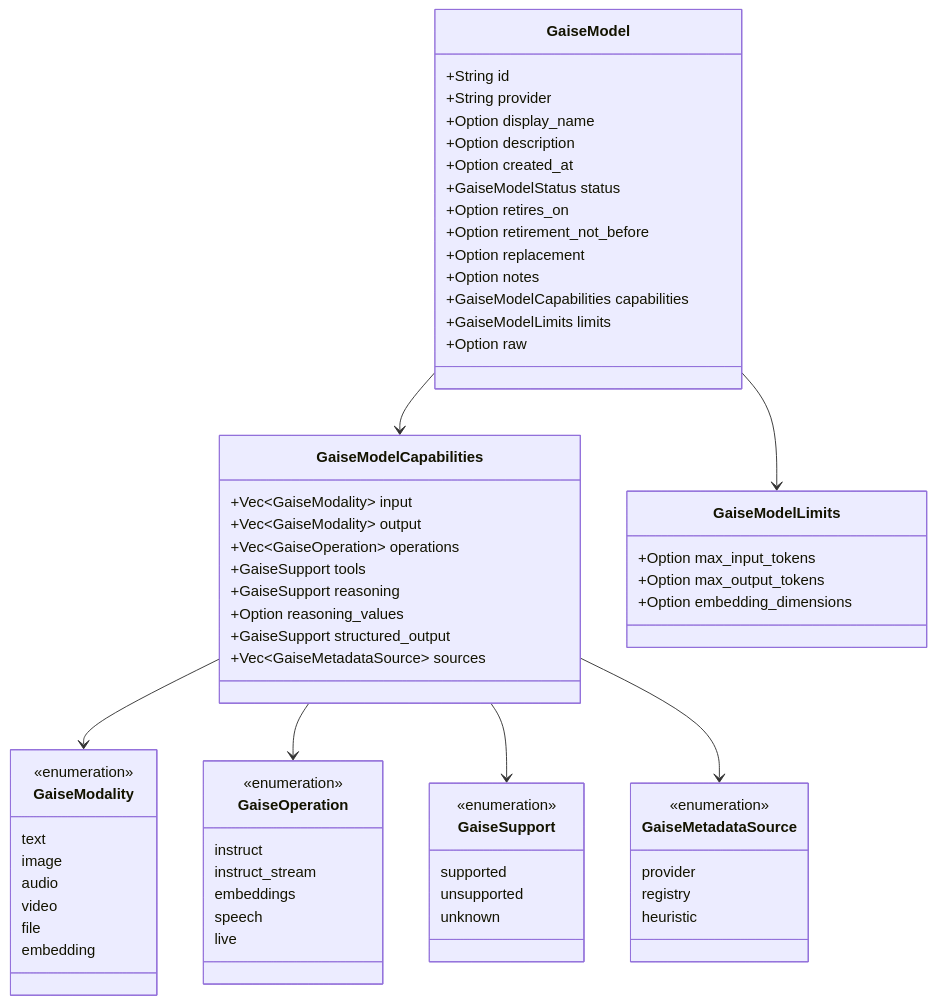
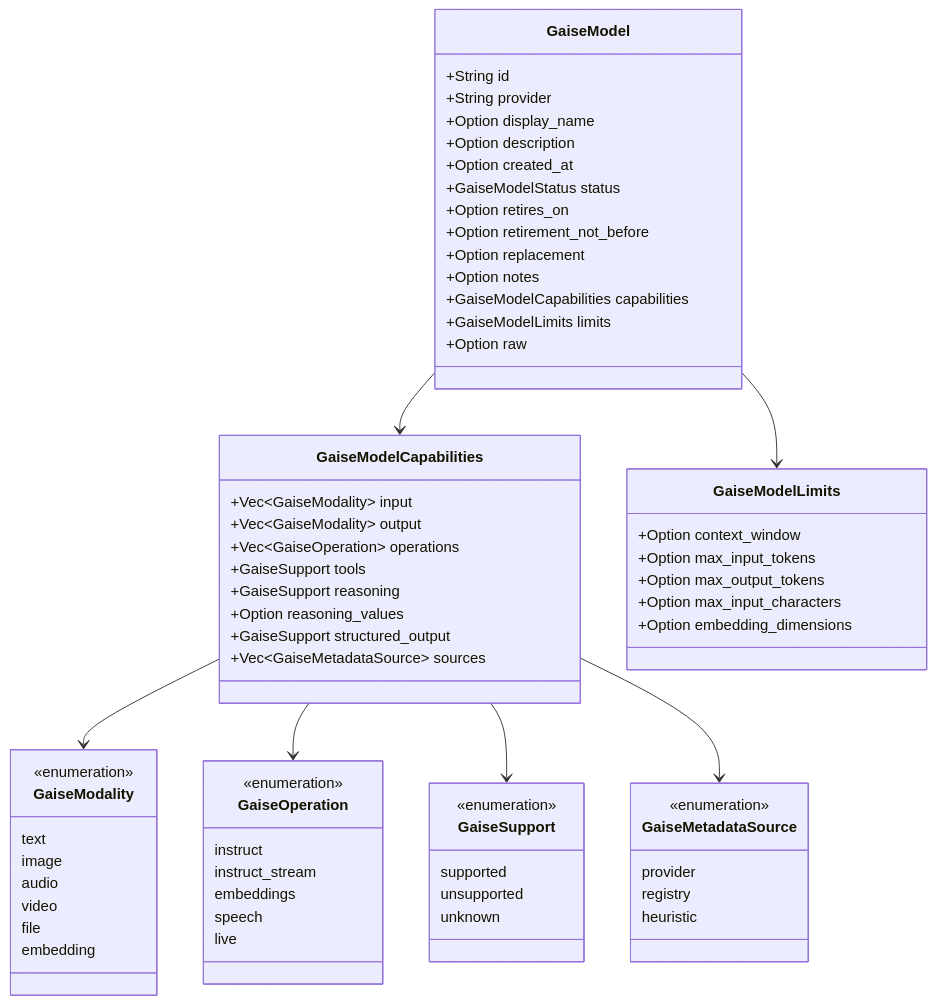
One commit to ikcore/gaise changed the diagram in wiki/capabilities.md. Above: the diagram before and after it, drawn with Mermaid. The commit also changed other lines of this file and 25 other files, not shown here.

````diff
--- a/wiki/capabilities.md
+++ b/wiki/capabilities.md
@@ -193,68 +193,70 @@
 ```mermaid
 classDiagram
     class GaiseModel {
         +String id
         +String provider
         +Option display_name
         +Option description
         +Option created_at
         +GaiseModelStatus status
         +Option retires_on
         +Option retirement_not_before
         +Option replacement
         +Option notes
         +GaiseModelCapabilities capabilities
         +GaiseModelLimits limits
         +Option raw
     }
     class GaiseModelCapabilities {
         +Vec~GaiseModality~ input
         +Vec~GaiseModality~ output
         +Vec~GaiseOperation~ operations
         +GaiseSupport tools
         +GaiseSupport reasoning
         +Option reasoning_values
         +GaiseSupport structured_output
         +Vec~GaiseMetadataSource~ sources
     }
     class GaiseModelLimits {
+        +Option context_window
         +Option max_input_tokens
         +Option max_output_tokens
+        +Option max_input_characters
         +Option embedding_dimensions
     }
     class GaiseModality {
         <<enumeration>>
         text
         image
         audio
         video
         file
         embedding
     }
     class GaiseOperation {
         <<enumeration>>
         instruct
         instruct_stream
         embeddings
         speech
         live
     }
     class GaiseSupport {
         <<enumeration>>
         supported
         unsupported
         unknown
     }
     class GaiseMetadataSource {
         <<enumeration>>
         provider
         registry
         heuristic
     }
     GaiseModel --> GaiseModelCapabilities
     GaiseModel --> GaiseModelLimits
     GaiseModelCapabilities --> GaiseModality
     GaiseModelCapabilities --> GaiseOperation
     GaiseModelCapabilities --> GaiseSupport
     GaiseModelCapabilities --> GaiseMetadataSource
 ```
````
